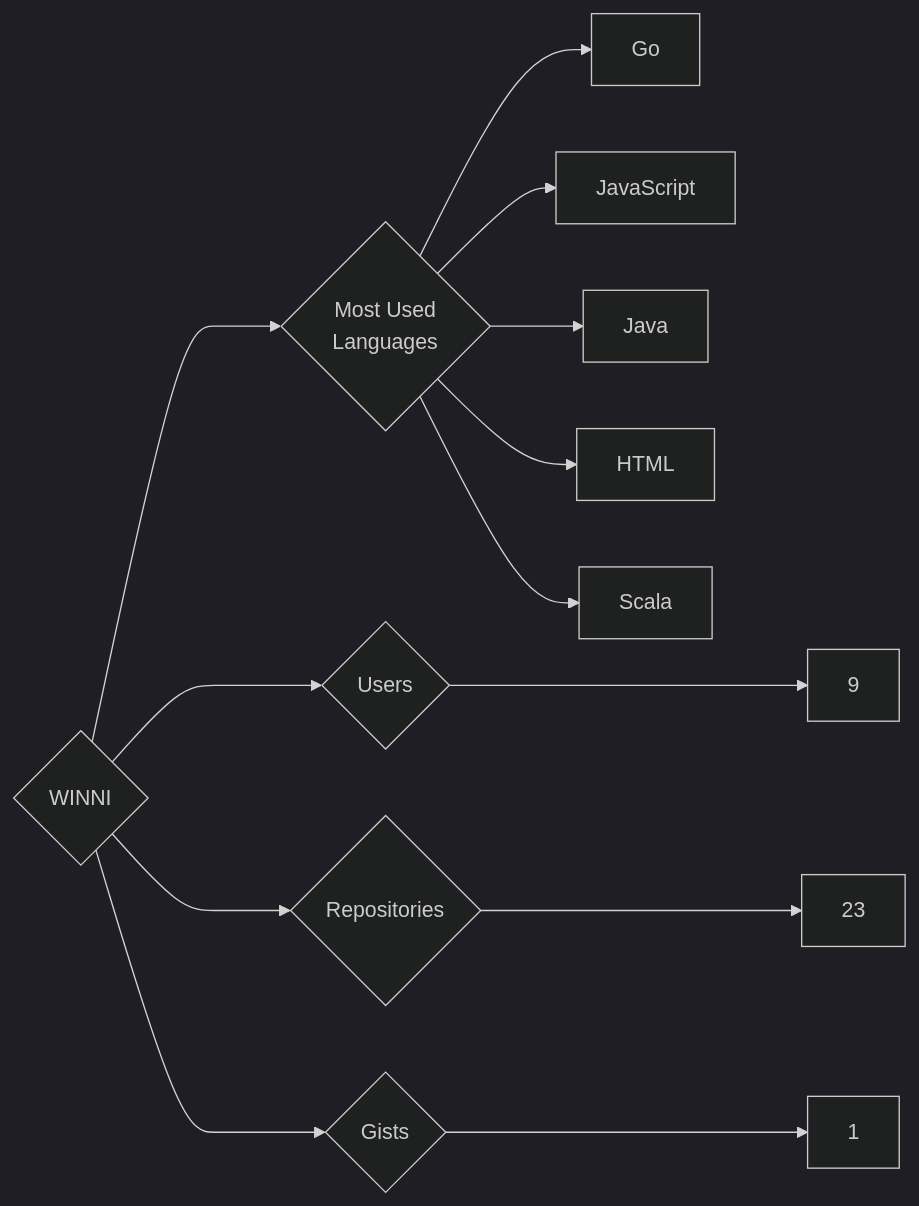
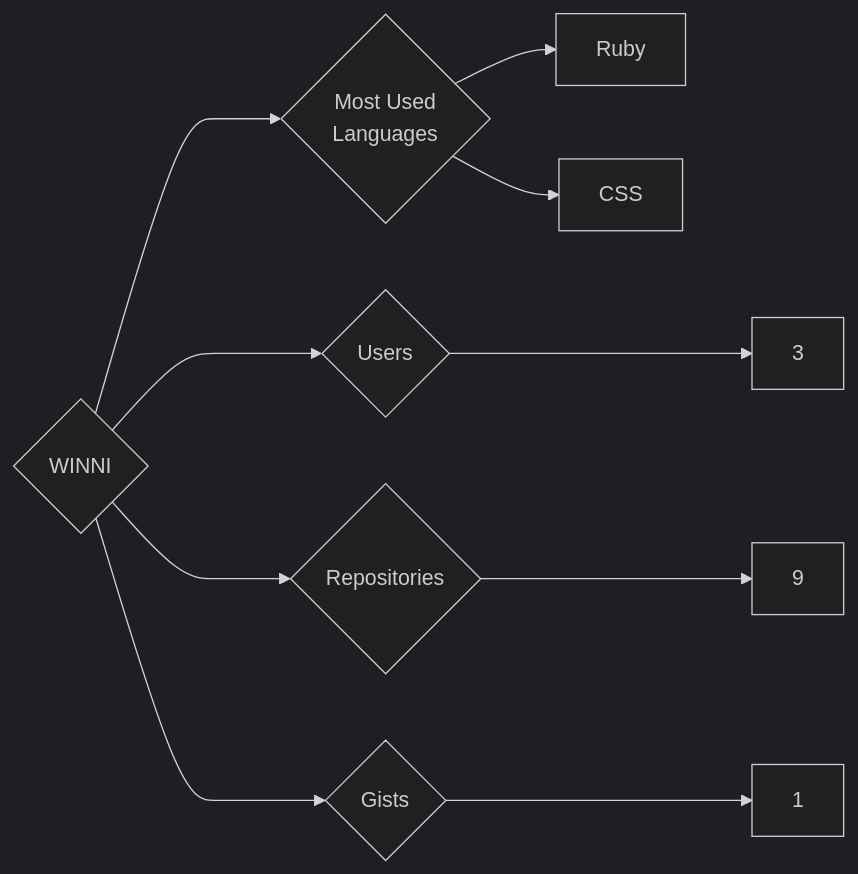
Before and after one commit to trickest/insiders: the diagram in targets/WINNI/README.md, drawn with Mermaid (dark theme). The commit also changed 794 other files, not shown here.

````diff
--- a/targets/WINNI/README.md
+++ b/targets/WINNI/README.md
@@ -3,13 +3,10 @@
 ```mermaid
 graph LR
 COMPANY_NAME{WINNI}
-COMPANY_NAME ---> U{Users} ---> UN[9]
-COMPANY_NAME ---> R{Repositories} ---> RN[23]
+COMPANY_NAME ---> U{Users} ---> UN[3]
+COMPANY_NAME ---> R{Repositories} ---> RN[9]
 COMPANY_NAME ---> G{Gists} ---> GN[1]
 COMPANY_NAME ---> ML{Most Used<br>Languages}
-ML --> Go[Go]
-ML --> JavaScript[JavaScript]
-ML --> Java[Java]
-ML --> HTML[HTML]
-ML --> Scala[Scala]
+ML --> Ruby[Ruby]
+ML --> CSS[CSS]
 ```
````
